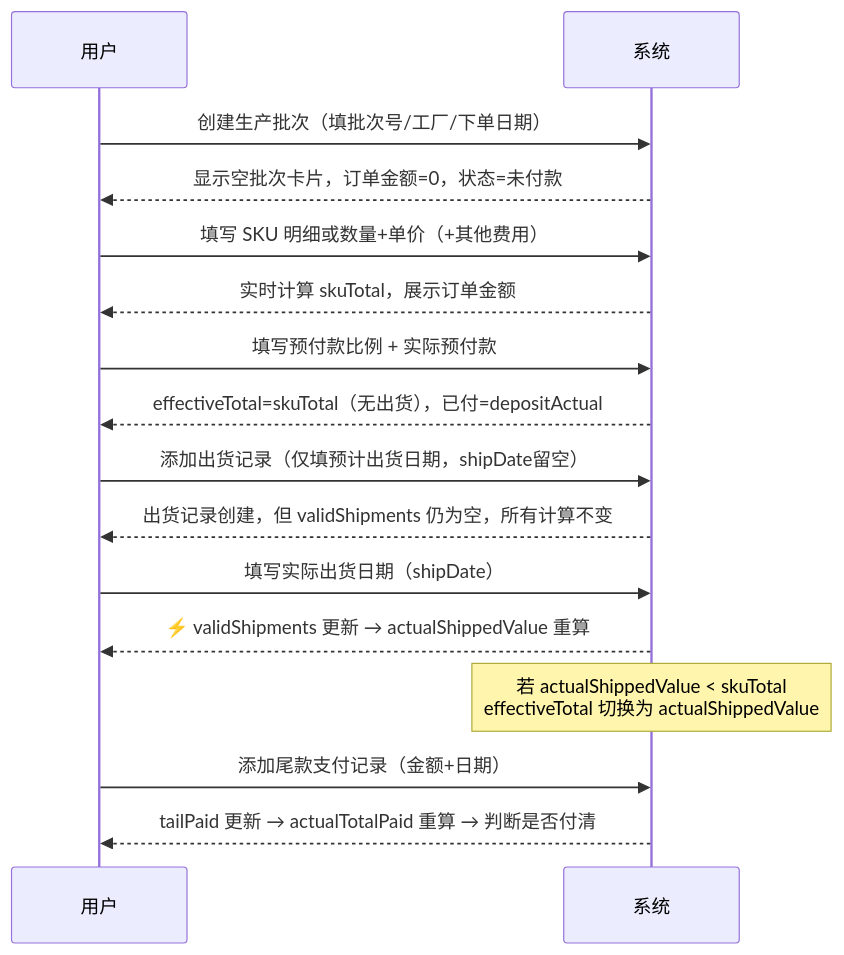
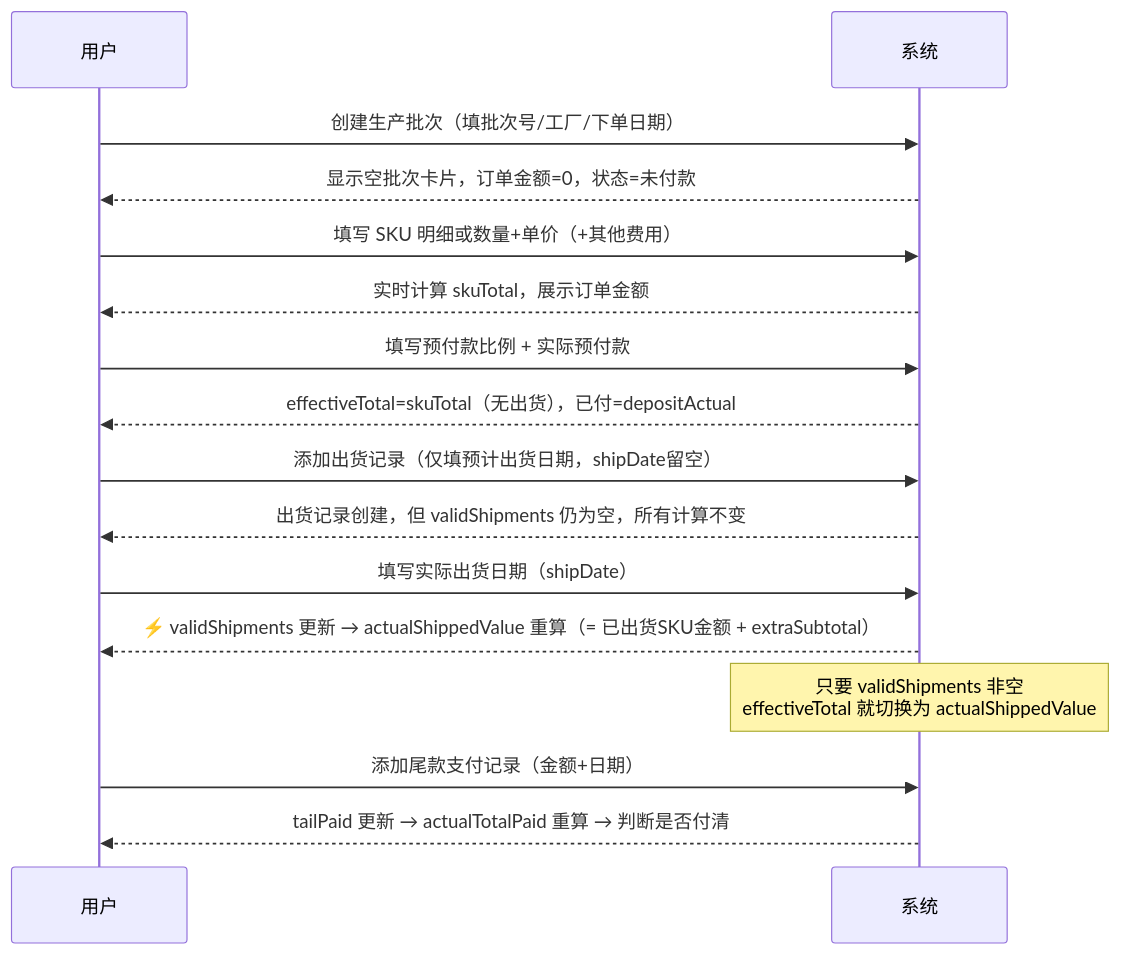
Before and after one commit to 1015297461/fba-tracker-: the second of 4 diagrams in docs/modules/production.md, drawn with Mermaid. The commit also changed other lines of this file and 2 other files, not shown here.

````diff
--- a/docs/modules/production.md
+++ b/docs/modules/production.md
@@ -206,24 +215,24 @@
 ```mermaid
 sequenceDiagram
     participant U as 用户
     participant S as 系统
 
     U->>S: 创建生产批次（填批次号/工厂/下单日期）
     S-->>U: 显示空批次卡片，订单金额=0，状态=未付款
 
     U->>S: 填写 SKU 明细或数量+单价（+其他费用）
     S-->>U: 实时计算 skuTotal，展示订单金额
 
     U->>S: 填写预付款比例 + 实际预付款
     S-->>U: effectiveTotal=skuTotal（无出货），已付=depositActual
 
     U->>S: 添加出货记录（仅填预计出货日期，shipDate留空）
     S-->>U: 出货记录创建，但 validShipments 仍为空，所有计算不变
 
     U->>S: 填写实际出货日期（shipDate）
-    S-->>U: ⚡ validShipments 更新 → actualShippedValue 重算
-    Note over S: 若 actualShippedValue < skuTotal<br/>effectiveTotal 切换为 actualShippedValue
+    S-->>U: ⚡ validShipments 更新 → actualShippedValue 重算（= 已出货SKU金额 + extraSubtotal）
+    Note over S: 只要 validShipments 非空<br/>effectiveTotal 就切换为 actualShippedValue
 
     U->>S: 添加尾款支付记录（金额+日期）
     S-->>U: tailPaid 更新 → actualTotalPaid 重算 → 判断是否付清
 ```
````
